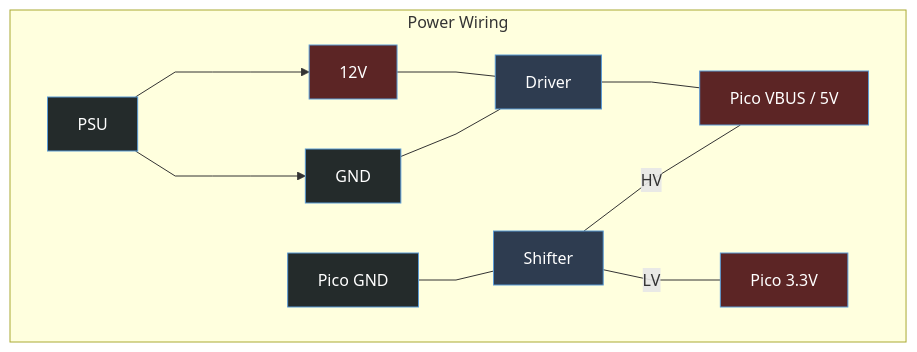
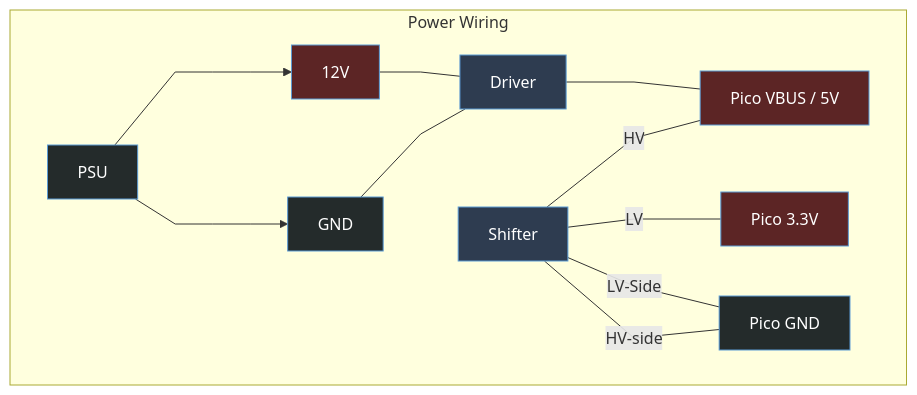
One commit to lyngstad-armin/scale-crane-electric-wire-luffing changed the fourth of 5 diagrams in Wiring Schematics/CCM_wiring.md. Above: the diagram before and after it, drawn with Mermaid.

Commit message:
Cleaned up unclear diagram in CCM_wiring.md

````diff
--- a/Wiring Schematics/CCM_wiring.md
+++ b/Wiring Schematics/CCM_wiring.md
@@ -167,28 +167,29 @@
 ```mermaid
 %%{init: {'flowchart': {'curve': 'linear'}}}%%
 flowchart TB
 
     classDef style2 fill:#2e3c50,stroke:#5b9bd5,color:#fff
     classDef style1 fill:#5c2525,stroke:#5b9bd5,color:#fff
     classDef style3 fill:#242b2b,stroke:#5b9bd5,color:#fff
 
 subgraph Power Wiring
 PSU:::style3
 GND:::style3
 12V:::style1
 Driver:::style2
 P5[Pico VBUS / 5V]:::style1
 P3[Pico 3.3V]:::style1
 LSH[Shifter]:::style2
 PG[Pico GND]:::style3 
 
 
 PSU ---> 12V --- Driver --- P5
 GND --- LSH ---|LV| P3
 linkStyle 3 display:none
 GND --- Driver
-PG --- LSH ---|HV| P5
+PG ---|HV-side| LSH ---|HV| P5
+LSH ---|LV-Side| PG
 
 PSU ---> GND
 end
 ```
````
